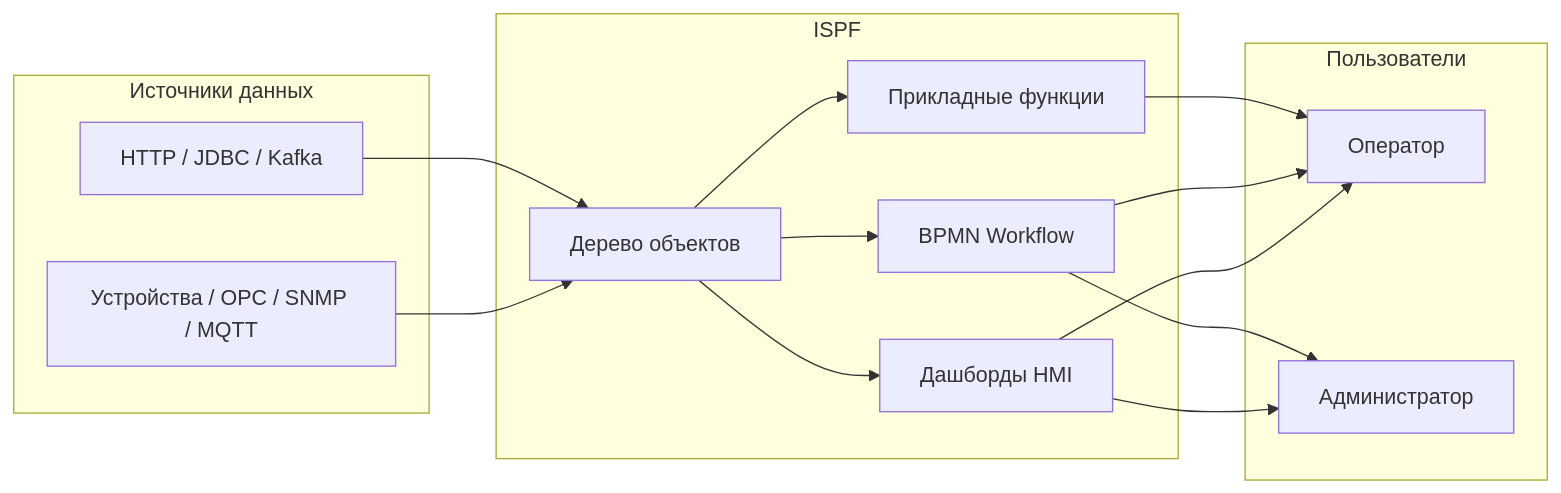
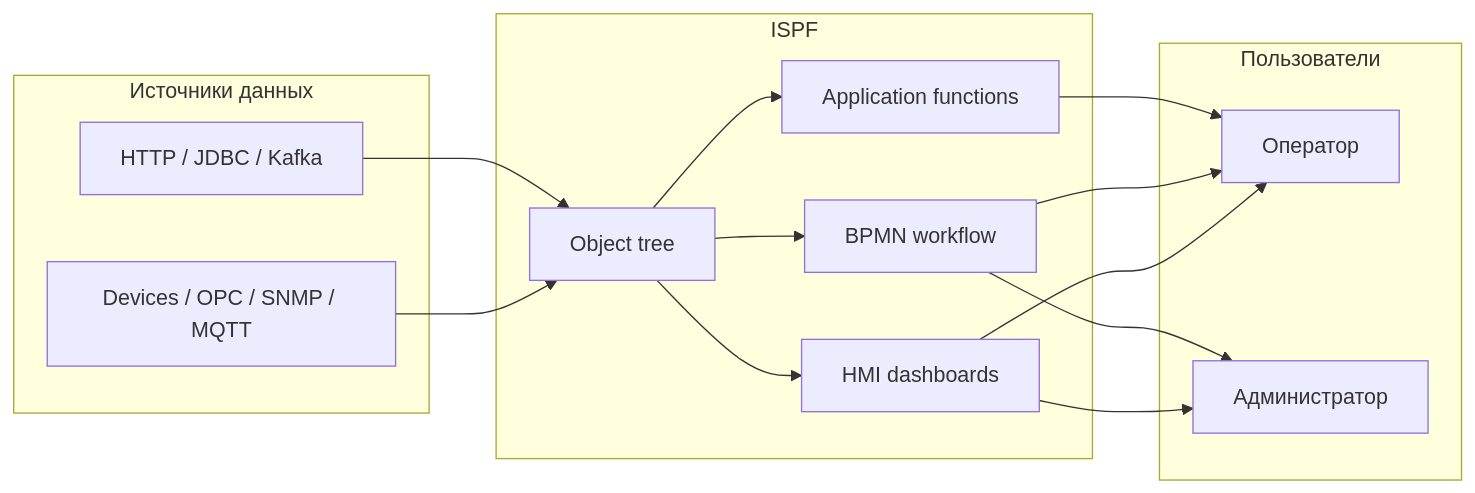
The first of 2 diagrams in docs/ru/product.md (iot-solutions-ru/ispf), drawn with Mermaid before and after one commit. The commit also changed other lines of this file and 15 other files, not shown here.

````diff
--- a/docs/ru/product.md
+++ b/docs/ru/product.md
@@ -27,30 +27,30 @@
 ```mermaid
 graph LR
     subgraph Sources["Источники данных"]
-        DEV[Устройства / OPC / SNMP / MQTT]
+        DEV[Devices / OPC / SNMP / MQTT]
         IT[HTTP / JDBC / Kafka]
     end
 
     subgraph ISPF["ISPF"]
-        TREE[Дерево объектов]
-        HMI[Дашборды HMI]
-        WF[BPMN Workflow]
-        APP[Прикладные функции]
+        TREE[Object tree]
+        HMI[HMI dashboards]
+        WF[BPMN workflow]
+        APP[Application functions]
     end
 
     subgraph Users["Пользователи"]
         OP[Оператор]
         ADM[Администратор]
     end
 
     DEV --> TREE
     IT --> TREE
     TREE --> HMI
     TREE --> WF
     TREE --> APP
     HMI --> OP
     WF --> OP
     APP --> OP
     HMI --> ADM
     WF --> ADM
 ```
````
